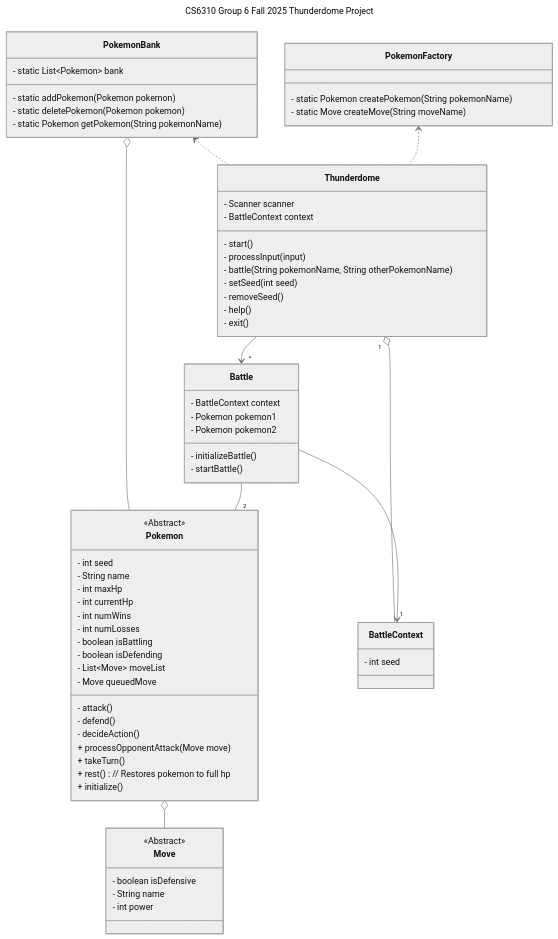
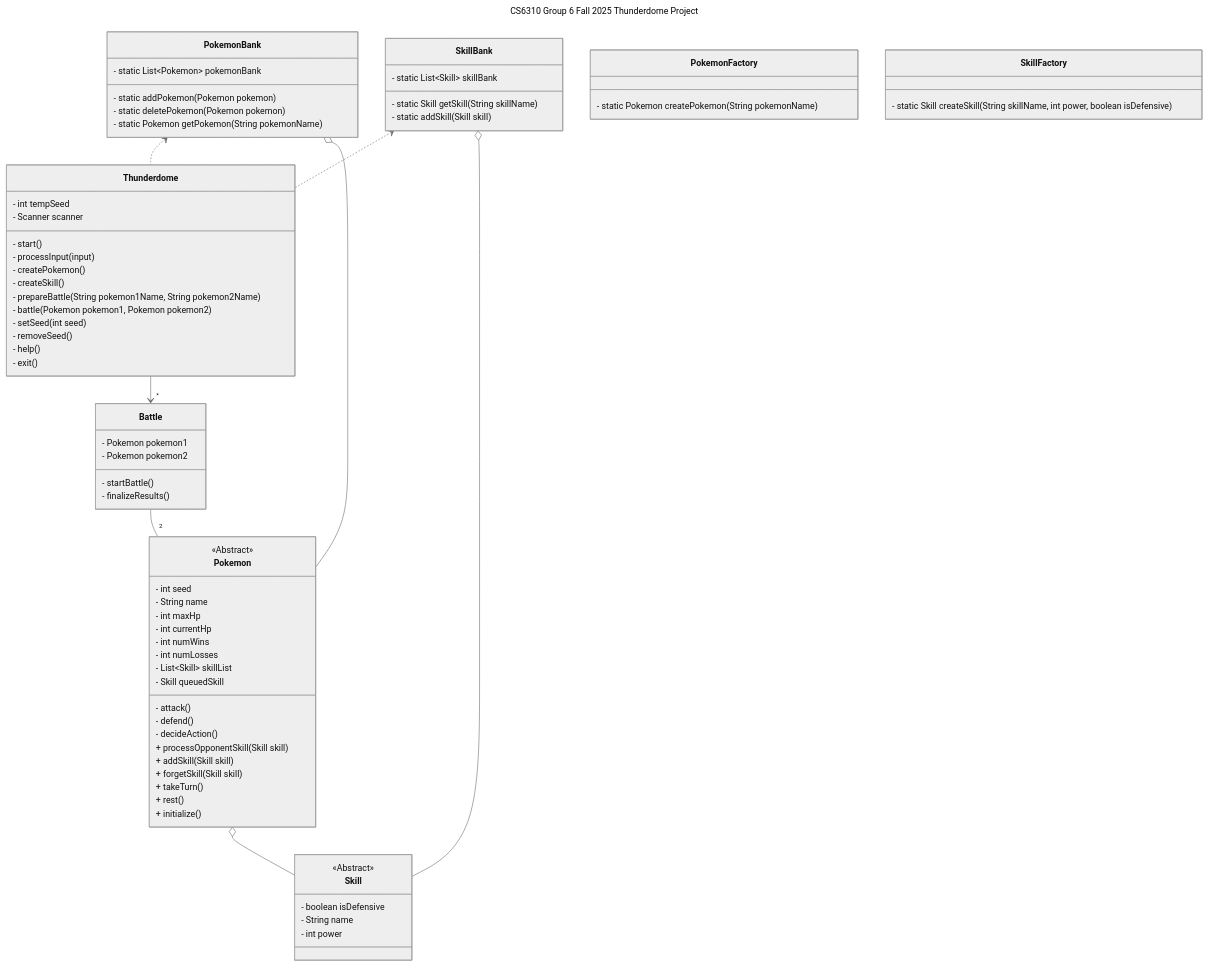
One commit to seantdeitrich/OMSCS-Notes changed the diagram in OMSCS-Notes/CS6310 - Software Architecture & Design/Project/Class Diagram.md. Above: the diagram before and after it, drawn with Mermaid (neutral theme). The commit also changed other lines of this file, not shown here.

Commit message:
quick class diagram fix

````diff
--- a/OMSCS-Notes/CS6310 - Software Architecture & Design/Project/Class Diagram.md
+++ b/OMSCS-Notes/CS6310 - Software Architecture & Design/Project/Class Diagram.md
@@ -4,15 +4,14 @@
 ---
 classDiagram
     PokemonBank <.. Thunderdome
-    PokemonFactory <.. Thunderdome
+    SkillBank <.. Thunderdome
     PokemonBank o-- Pokemon
-    Pokemon o-- Move
-    Thunderdome "1" o-- "1" BattleContext
+    SkillBank o-- Skill
+    Pokemon o-- Skill
     Thunderdome --> "*" Battle
     Battle -- "2" Pokemon
-    Battle --> BattleContext
 
-    class Move {
+    class Skill {
         <<Abstract>>
         - boolean isDefensive
         - String name
@@ -27,53 +26,60 @@
         - int currentHp
         - int numWins
         - int numLosses
-        - boolean isBattling
-        - boolean isDefending
-        - List~Move~ moveList
-	    - Move queuedMove
+        - List~Skill~ skillList
+	    - Skill queuedSkill
         - attack()
         - defend()
         - decideAction()
-        + processOpponentAttack(Move move)
+        + processOpponentSkill(Skill skill)
+	    + addSkill(Skill skill)
+		+ forgetSkill(Skill skill)
         + takeTurn()
-        + rest() // Restores pokemon to full hp
+        + rest()
         + initialize()
     }
 
     class PokemonBank {
-        - static List~Pokemon~ bank
+        - static List~Pokemon~ pokemonBank
         - static addPokemon(Pokemon pokemon)
         - static deletePokemon(Pokemon pokemon)
         - static Pokemon getPokemon(String pokemonName)
     }
-
+    
+	class SkillBank {
+        - static List~Skill~ skillBank
+        - static Skill getSkill(String skillName)
+        - static addSkill(Skill skill)
+    }
+    
     class PokemonFactory {
-        - static Pokemon createPokemon(String pokemonName)
-        - static Move createMove(String moveName)
+		- static Pokemon createPokemon(String pokemonName)
+    }
+    
+    class SkillFactory {
+		- static Skill createSkill(String skillName, int power, boolean isDefensive)
     }
 
     class Thunderdome {
+	    - int tempSeed
         - Scanner scanner
-        - BattleContext context
         - start()
         - processInput(input)
-        - battle(String pokemonName, String otherPokemonName)
+        - createPokemon()
+        - createSkill()
+        - prepareBattle(String pokemon1Name, String pokemon2Name)
+        - battle(Pokemon pokemon1, Pokemon pokemon2)
         - setSeed(int seed)
         - removeSeed()
         - help()
         - exit()
     }
 
-    class BattleContext {
-        - int seed
-    }
-
     class Battle {
-        - BattleContext context
         - Pokemon pokemon1
         - Pokemon pokemon2
-        - initializeBattle()
         - startBattle()
+        - finalizeResults()
     }
 
 ```
````
